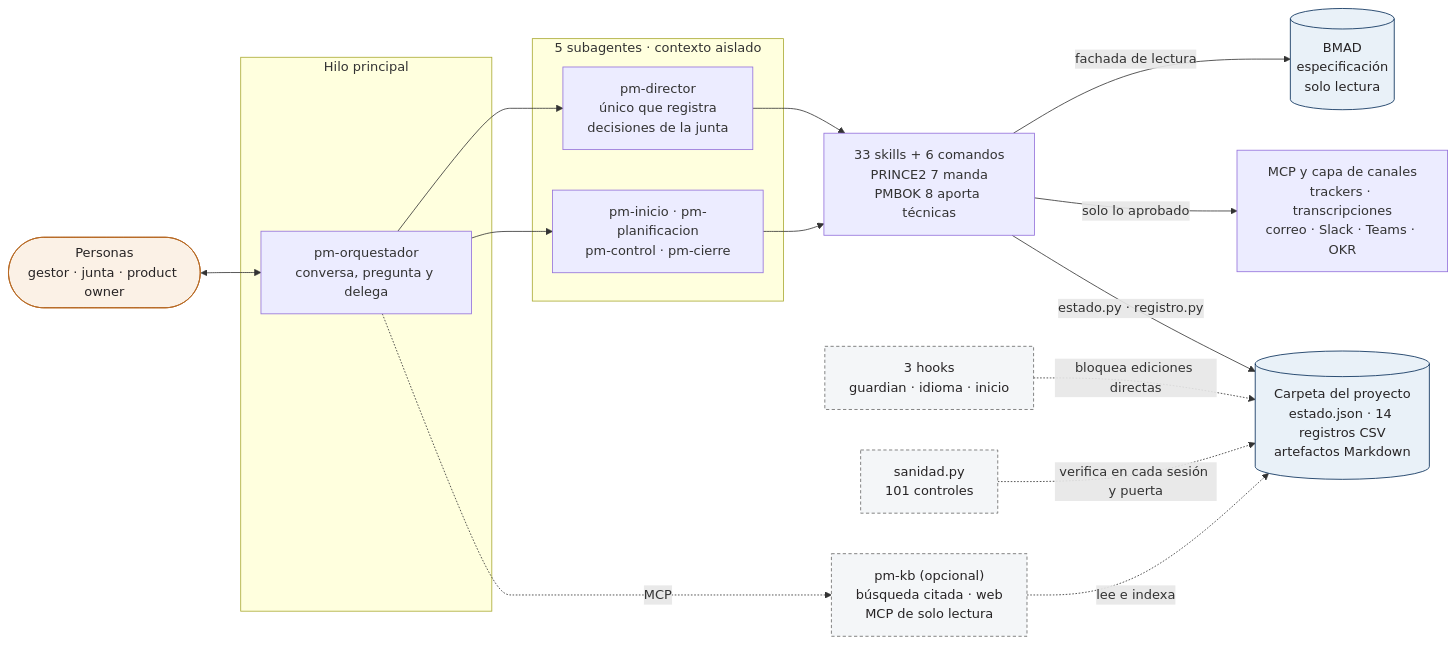
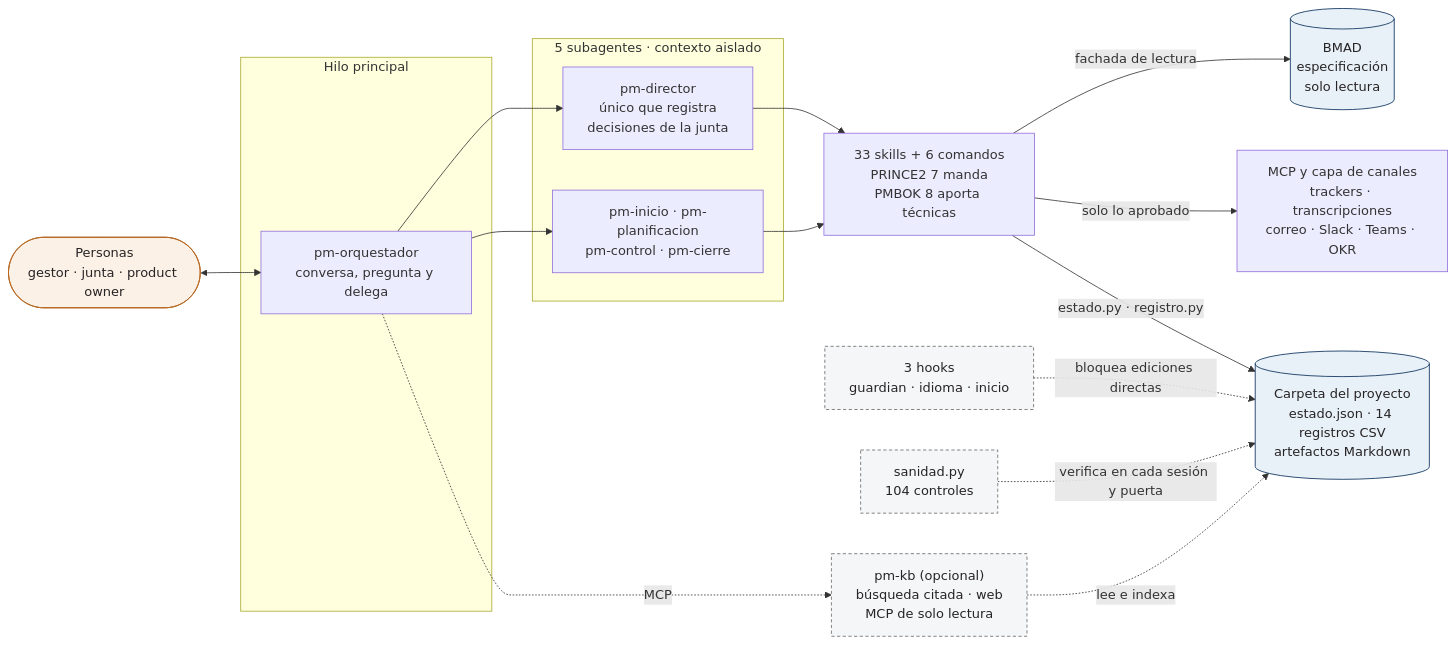
One commit to Arturo-Penas-Rial/pm-method changed the diagram in docs/resumen-ejecutivo/fuente/diagramas/arquitectura.mmd. Above: the diagram before and after it, drawn with Mermaid. The commit also changed 240 other files, not shown here.

```diff
--- a/docs/resumen-ejecutivo/fuente/diagramas/arquitectura.mmd
+++ b/docs/resumen-ejecutivo/fuente/diagramas/arquitectura.mmd
@@ -1,34 +1,34 @@
 flowchart LR
     U(["Personas<br/>gestor · junta · product owner"])
     subgraph HP["Hilo principal"]
         O["pm-orquestador<br/>conversa, pregunta y delega"]
     end
     subgraph SA["5 subagentes · contexto aislado"]
         D["pm-director<br/>único que registra<br/>decisiones de la junta"]
         F["pm-inicio · pm-planificacion<br/>pm-control · pm-cierre"]
     end
     S["33 skills + 6 comandos<br/>PRINCE2 7 manda<br/>PMBOK 8 aporta técnicas"]
     B[("BMAD<br/>especificación<br/>solo lectura")]
     M["MCP y capa de canales<br/>trackers · transcripciones<br/>correo · Slack · Teams · OKR"]
     P[("Carpeta del proyecto<br/>estado.json · 14 registros CSV<br/>artefactos Markdown")]
     K["pm-kb (opcional)<br/>búsqueda citada · web<br/>MCP de solo lectura"]
     H["3 hooks<br/>guardian · idioma · inicio"]
-    C["sanidad.py<br/>101 controles"]
+    C["sanidad.py<br/>104 controles"]
     U <--> O
     O --> D
     O --> F
     D --> S
     F --> S
     S -->|"fachada de lectura"| B
     S -->|"solo lo aprobado"| M
     S -->|"estado.py · registro.py"| P
     H -.->|"bloquea ediciones directas"| P
     C -.->|"verifica en cada sesión y puerta"| P
     K -.->|"lee e indexa"| P
     O -.->|"MCP"| K
     classDef gente fill:#FBF1E6,stroke:#B5651D,color:#272425
     classDef dato fill:#E9F1F8,stroke:#002855,color:#272425
     classDef guarda fill:#F4F6F8,stroke:#696969,color:#272425,stroke-dasharray:4 3
     class U gente
     class P,B dato
     class H,C,K guarda
```
